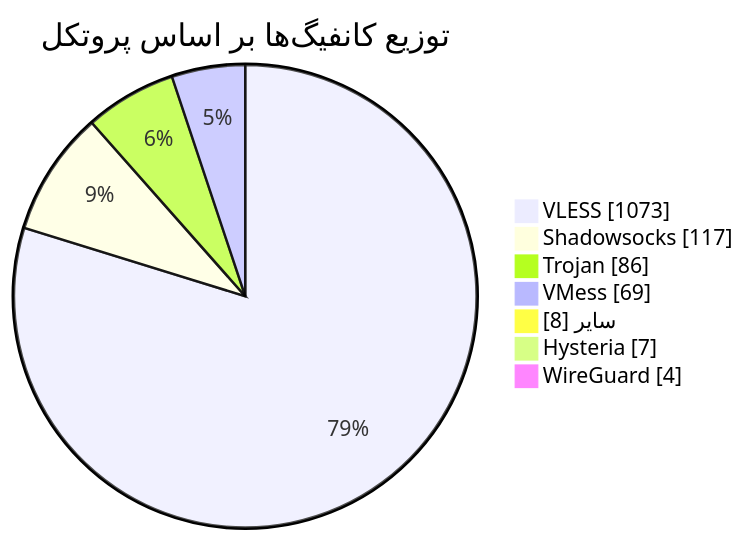
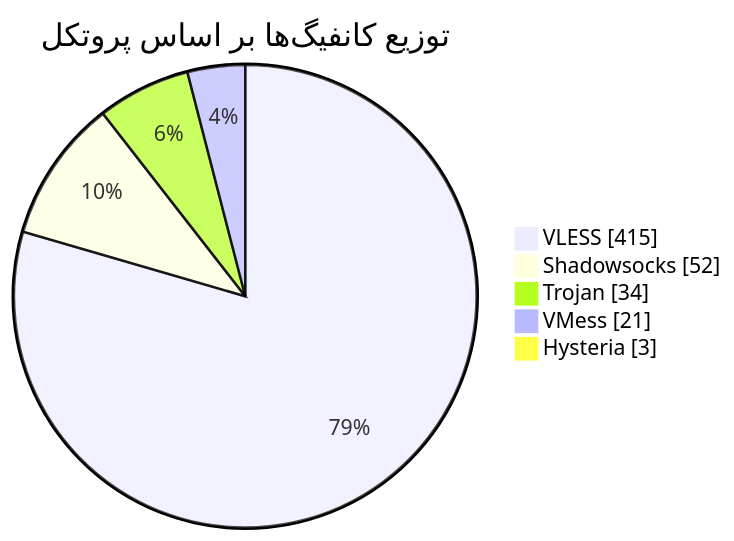
One commit to Arian-Alijani/Somthing changed the diagram in README.md. Above: the diagram before and after it, drawn with Mermaid. The commit also changed other lines of this file and 119 other files, not shown here.

````diff
--- a/README.md
+++ b/README.md
@@ -49,11 +47,9 @@
 ```mermaid
 pie showData
     title توزیع کانفیگ‌ها بر اساس پروتکل
-    "VLESS" : 1073
-    "Shadowsocks" : 117
-    "Trojan" : 86
-    "VMess" : 69
-    "سایر" : 8
-    "Hysteria" : 7
-    "WireGuard" : 4
+    "VLESS" : 415
+    "Shadowsocks" : 52
+    "Trojan" : 34
+    "VMess" : 21
+    "Hysteria" : 3
 ```
````
